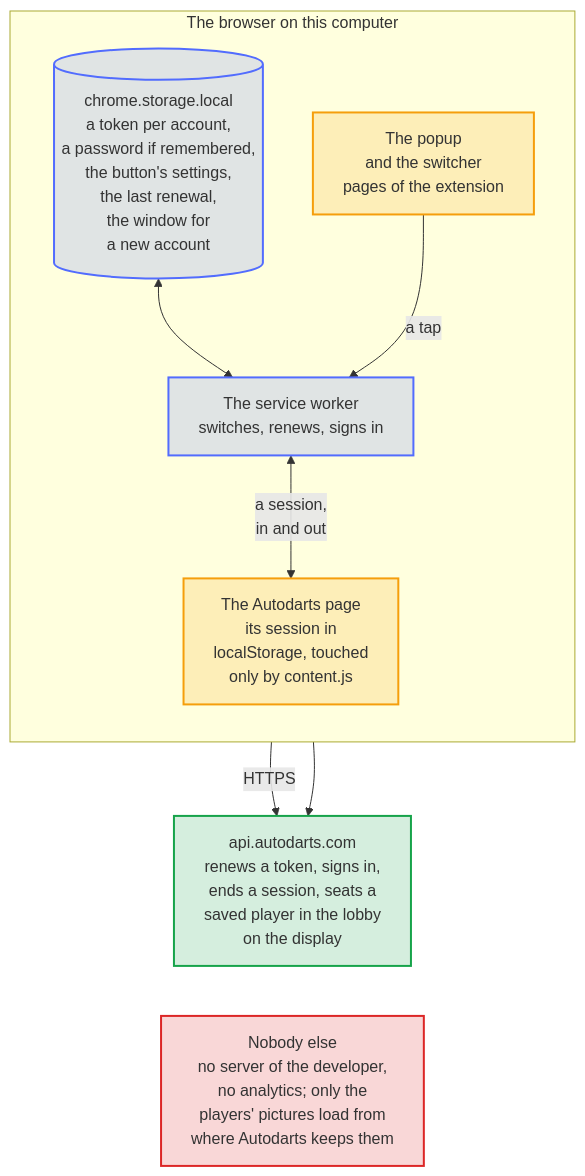
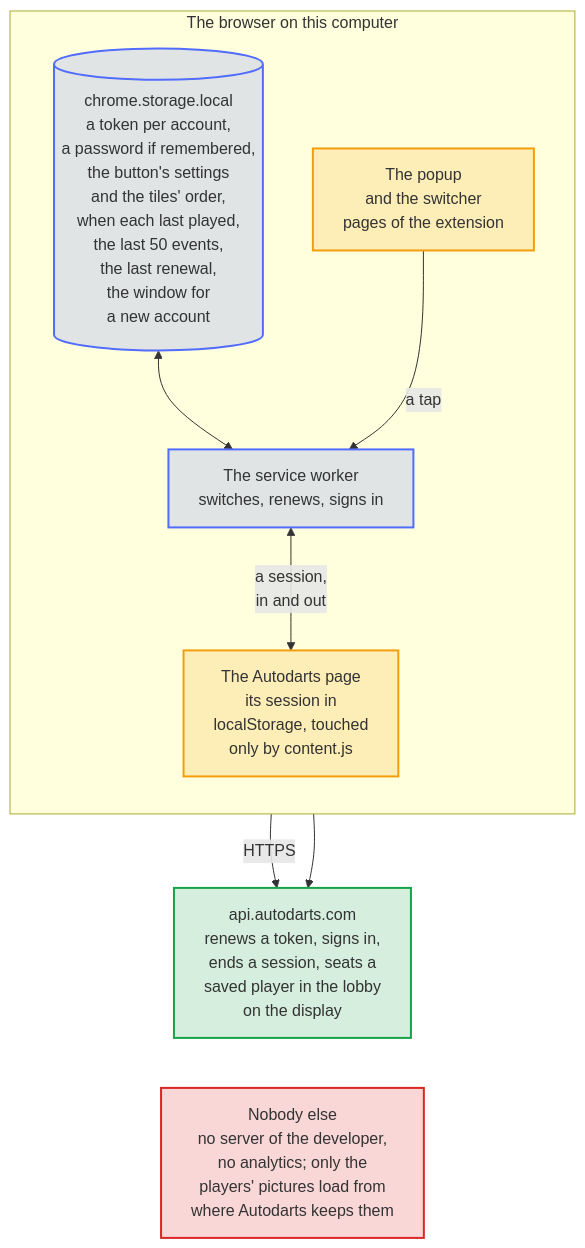
Before and after one commit to Dennis-Otto/player-switch-for-autodarts: the diagram in docs/diagrams/data-flow.mmd, drawn with Mermaid. The commit also changed 57 other files, not shown here.

First line of the commit message:
feat: Copy diagnostics for a bug report, and a filter and an order of the tiles for many players (#268)

```diff
--- a/docs/diagrams/data-flow.mmd
+++ b/docs/diagrams/data-flow.mmd
@@ -1,34 +1,34 @@
 ---
 config:
   flowchart:
     wrappingWidth: 400
 ---
 flowchart TB
     accTitle: Where the data goes
-    accDescr: Everything stays in the browser on this computer. The popup and the switcher ask the service worker, which keeps a token per account, a password only when one is remembered, the settings of the button, the time of the last renewal, whether Autodarts turned every account away in it, and until when a new account is being added in chrome.storage.local. It moves a session into the Autodarts page and reads the outgoing one out of it only through content.js, the one script that reads or writes the session in the page's localStorage. To renew a token, sign in with a password, end a session or seat a saved player in the lobby on the display, with a fresh token, the username and the account id of that player, it talks to api.autodarts.com over HTTPS, the same service the Autodarts page itself uses. The popup and the switcher show each player's picture from the address Autodarts gives for it. Nothing else goes anywhere: no server of the developer, no analytics; Help and Report a problem only open a page in a new tab.
+    accDescr: Everything stays in the browser on this computer. The popup and the switcher ask the service worker, which keeps a token per account, a password only when one is remembered, the settings of the button and the order of the tiles, when each account last played, the last 50 events of the extension without a name or a secret, the time of the last renewal, whether Autodarts turned every account away in it, and until when a new account is being added in chrome.storage.local. It moves a session into the Autodarts page and reads the outgoing one out of it only through content.js, the one script that reads or writes the session in the page's localStorage. To renew a token, sign in with a password, end a session or seat a saved player in the lobby on the display, with a fresh token, the username and the account id of that player, it talks to api.autodarts.com over HTTPS, the same service the Autodarts page itself uses. The popup and the switcher show each player's picture from the address Autodarts gives for it. Nothing else goes anywhere: no server of the developer, no analytics; Help and Report a problem only open a page in a new tab.
 
     subgraph computer ["The browser on this computer"]
         direction TB
         ui["The popup<br>and the switcher<br>pages of the extension"]
         worker["The service worker<br>switches, renews, signs in"]
-        storage[("chrome.storage.local<br>a token per account,<br>a password if remembered,<br>the button's settings,<br>the last renewal,<br>the window for<br>a new account")]
+        storage[("chrome.storage.local<br>a token per account,<br>a password if remembered,<br>the button's settings<br>and the tiles' order,<br>when each last played,<br>the last 50 events,<br>the last renewal,<br>the window for<br>a new account")]
         page["The Autodarts page<br>its session in<br>localStorage, touched<br>only by content.js"]
         storage <--> worker
         ui -- "a tap" --> worker
         worker <-- "a session,<br>in and out" --> page
     end
     api["api.autodarts.com<br>renews a token, signs in,<br>ends a session, seats a<br>saved player in the lobby<br>on the display"]
     nobody["Nobody else<br>no server of the developer,<br>no analytics; only the<br>players' pictures load from<br>where Autodarts keeps them"]
 
     worker -- "HTTPS" --> api
     page --> api
     api ~~~ nobody
 
     classDef bot fill:#526cfe2e,stroke:#526cfe,stroke-width:2px
     classDef done fill:#16a34a2e,stroke:#16a34a,stroke-width:2px
     classDef person fill:#f59e0b2e,stroke:#f59e0b,stroke-width:2px
     classDef failed fill:#dc26262e,stroke:#dc2626,stroke-width:2px
     class ui,page person
     class worker,storage bot
     class api done
     class nobody failed
```
